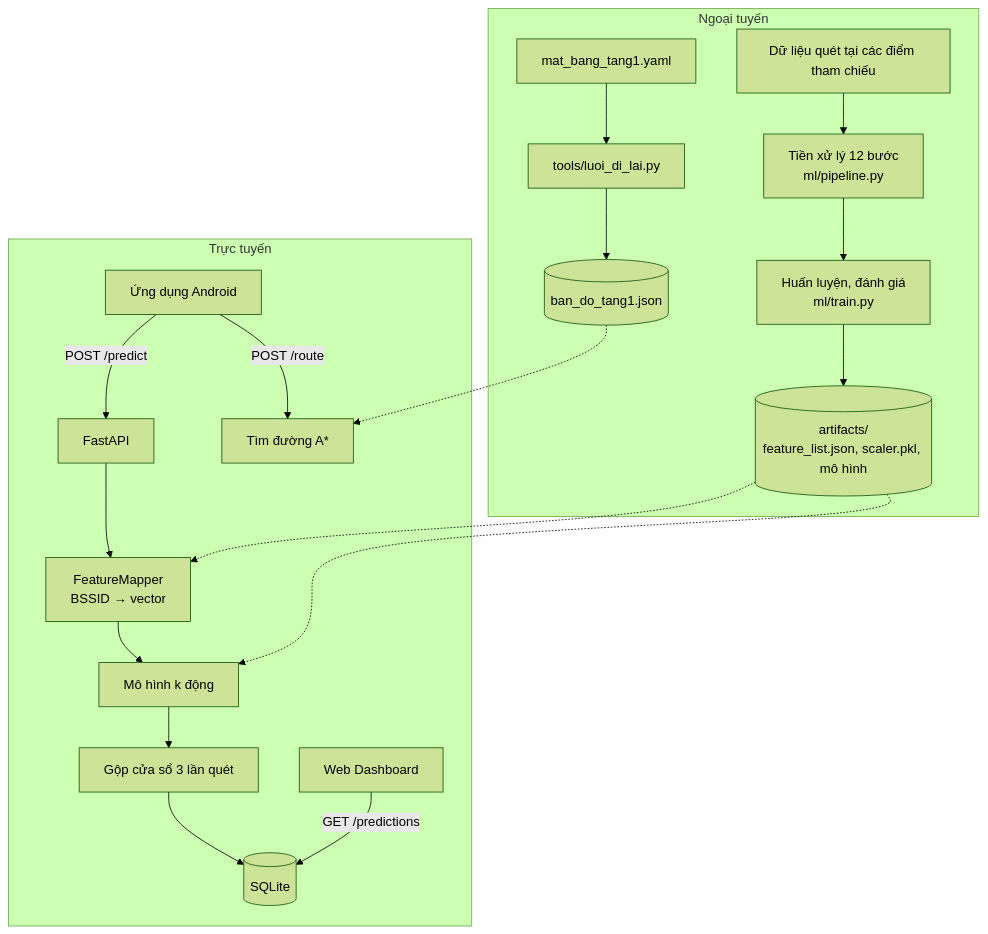
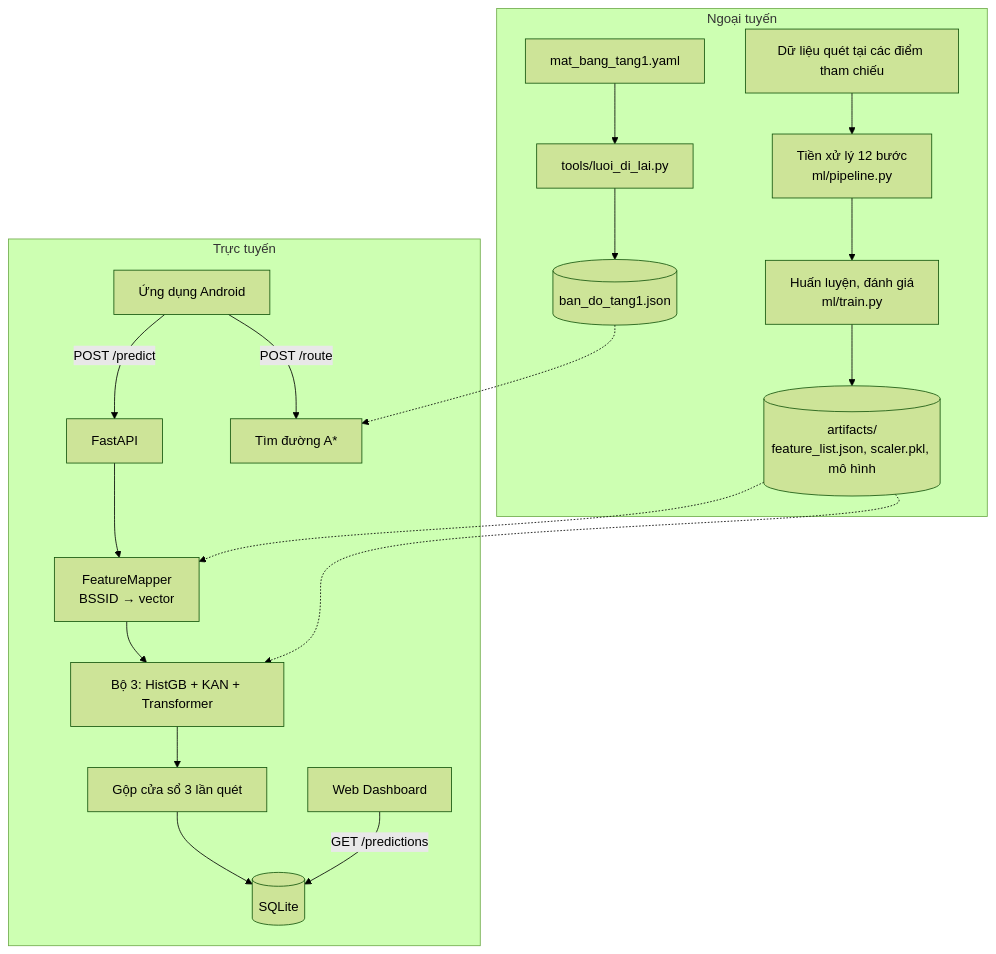
The first of 3 diagrams in docs/thiet_ke_he_thong.md (DoAnTotNghiep-Indoor/Indoor_Positoning_System-DATN), drawn with Mermaid (forest theme) before and after one commit. The commit also changed other lines of this file and 38 other files, not shown here.

First line of the commit message:
feat(ml): triển khai Bộ 3 (HistGB + KAN + Transformer) ở máy chủ và app thay cho kNN k động

````diff
--- a/docs/thiet_ke_he_thong.md
+++ b/docs/thiet_ke_he_thong.md
@@ -42,23 +42,23 @@
 ```mermaid
 flowchart TB
   subgraph Offline["Ngoại tuyến"]
     A1[Dữ liệu quét tại các điểm tham chiếu] --> A2[Tiền xử lý 12 bước<br/>ml/pipeline.py]
     A2 --> A3[Huấn luyện, đánh giá<br/>ml/train.py]
     A3 --> A4[(artifacts/<br/>feature_list.json, scaler.pkl, mô hình)]
     M1[mat_bang_tang1.yaml] --> M2[tools/luoi_di_lai.py] --> M3[(ban_do_tang1.json)]
   end
 
   subgraph Online["Trực tuyến"]
     B1[Ứng dụng Android] -- POST /predict --> B2[FastAPI]
     B2 --> B3[FeatureMapper<br/>BSSID → vector]
-    B3 --> B4[Mô hình k động]
+    B3 --> B4[Bộ 3: HistGB + KAN + Transformer]
     B4 --> B5[Gộp cửa sổ 3 lần quét]
     B5 --> B6[(SQLite)]
     B1 -- POST /route --> B7[Tìm đường A*]
     B8[Web Dashboard] -- GET /predictions --> B6
   end
 
   A4 -.-> B3
   A4 -.-> B4
   M3 -.-> B7
 ```
````
